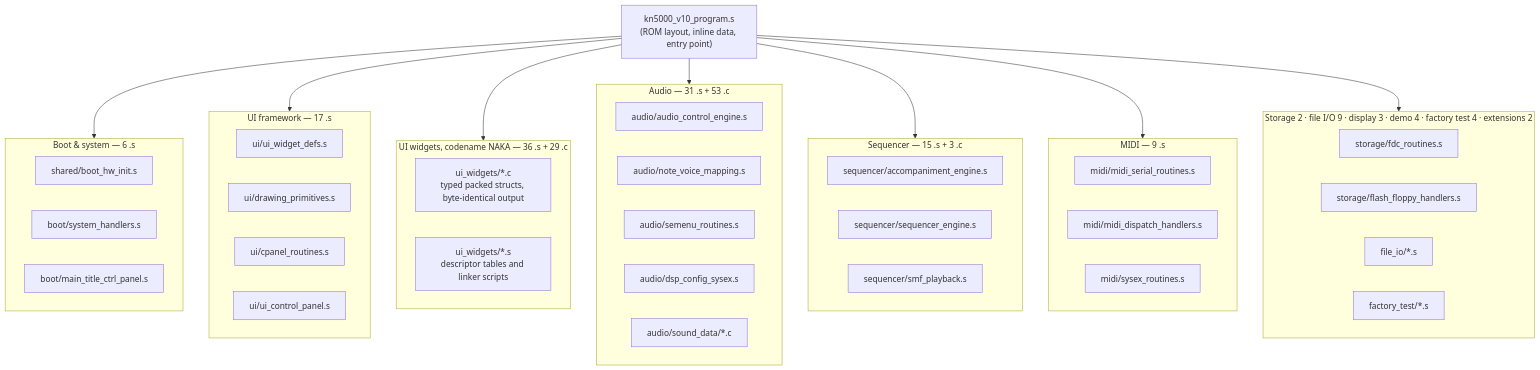
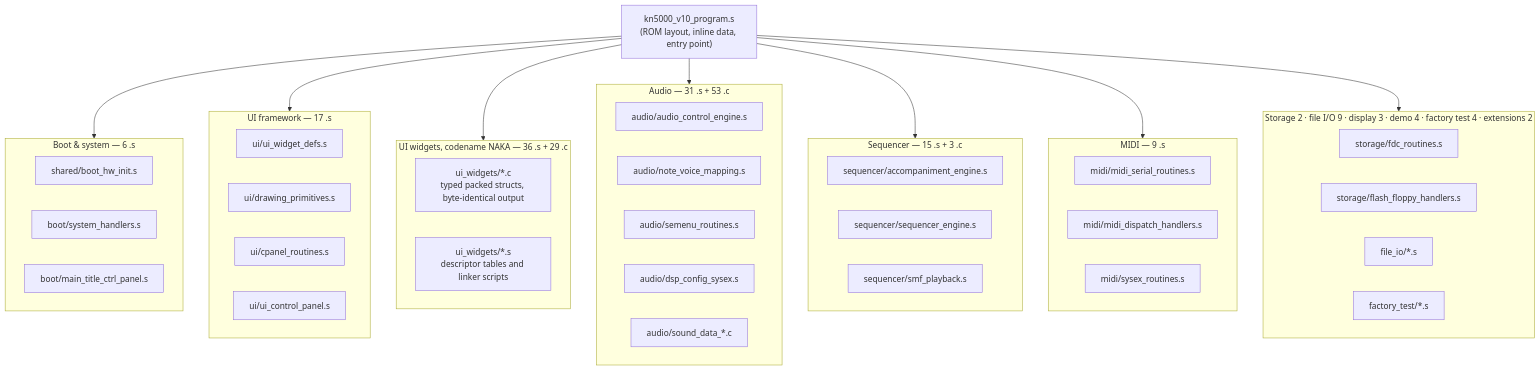
One commit to ArqueologiaDigital/technics-docs changed the seventh of 7 diagrams in firmware-flowchart.md. Above: the diagram before and after it, drawn with Mermaid. The commit also changed other lines of this file and 4 other files, not shown here.

```diff
--- a/firmware-flowchart.md
+++ b/firmware-flowchart.md
@@ -274,57 +279,57 @@
 <pre class="mermaid">
 flowchart TD
     MAIN["kn5000_v10_program.s<br/>(ROM layout, inline data, entry point)"]
 
     subgraph BOOT_FILES ["Boot &amp; system — 6 .s"]
         BOOT_HW["shared/boot_hw_init.s"]
         SYS_HAND["boot/system_handlers.s"]
         MAINTITLE["boot/main_title_ctrl_panel.s"]
     end
 
     subgraph UI_FILES ["UI framework — 17 .s"]
         WIDGET_DEFS["ui/ui_widget_defs.s"]
         DRAW_PRIM["ui/drawing_primitives.s"]
         CPANEL_RT["ui/cpanel_routines.s"]
         CTRLPANEL["ui/ui_control_panel.s"]
     end
 
     subgraph NAKA_FILES ["UI widgets, codename NAKA — 36 .s + 29 .c"]
         NAKA_C["ui_widgets/*.c<br/>typed packed structs, byte-identical output"]
         NAKA_S["ui_widgets/*.s<br/>descriptor tables and linker scripts"]
     end
 
     subgraph AUDIO_FILES ["Audio — 31 .s + 53 .c"]
         ACE["audio/audio_control_engine.s"]
         NVM["audio/note_voice_mapping.s"]
         SEMENU["audio/semenu_routines.s"]
         DSP_CFG["audio/dsp_config_sysex.s"]
-        SND_DATA["audio/sound_data/*.c"]
+        SND_DATA["audio/sound_data_*.c"]
     end
 
     subgraph SEQ_FILES ["Sequencer — 15 .s + 3 .c"]
         ACC_ENG["sequencer/accompaniment_engine.s"]
         SEQ_ENG["sequencer/sequencer_engine.s"]
         SMF_PLAY["sequencer/smf_playback.s"]
     end
 
     subgraph MIDI_FILES ["MIDI — 9 .s"]
         MIDI_SER["midi/midi_serial_routines.s"]
         MIDI_DISP["midi/midi_dispatch_handlers.s"]
         SYSEX["midi/sysex_routines.s"]
     end
 
     subgraph OTHER_FILES ["Storage 2 · file I/O 9 · display 3 · demo 4 · factory test 4 · extensions 2"]
         FDC_RT["storage/fdc_routines.s"]
         FLASH_RT["storage/flash_floppy_handlers.s"]
         FILEIO["file_io/*.s"]
         FACTORY["factory_test/*.s"]
     end
 
     MAIN --> BOOT_FILES
     MAIN --> UI_FILES
     MAIN --> NAKA_FILES
     MAIN --> AUDIO_FILES
     MAIN --> SEQ_FILES
     MAIN --> MIDI_FILES
     MAIN --> OTHER_FILES
 </pre>
```
